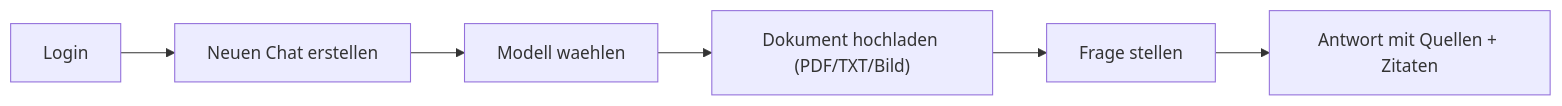
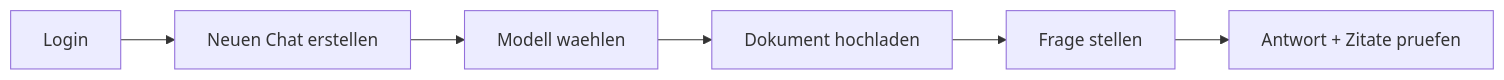
One commit to christian-rost/xqt5-ai-plattform changed the first of 2 diagrams in docs/ANWENDER-QUICKSTART.md. Above: the diagram before and after it, drawn with Mermaid. The commit also changed other lines of this file and 2 other files, not shown here.

First line of the commit message:
Separate user and admin docs; add ADMIN-DOKUMENT.md

````diff
--- a/docs/ANWENDER-QUICKSTART.md
+++ b/docs/ANWENDER-QUICKSTART.md
@@ -18,8 +18,8 @@
 ```mermaid
 flowchart LR
     A["Login"] --> B["Neuen Chat erstellen"]
     B --> C["Modell waehlen"]
-    C --> D["Dokument hochladen (PDF/TXT/Bild)"]
+    C --> D["Dokument hochladen"]
     D --> E["Frage stellen"]
-    E --> F["Antwort mit Quellen + Zitaten"]
+    E --> F["Antwort + Zitate pruefen"]
 ```
````
